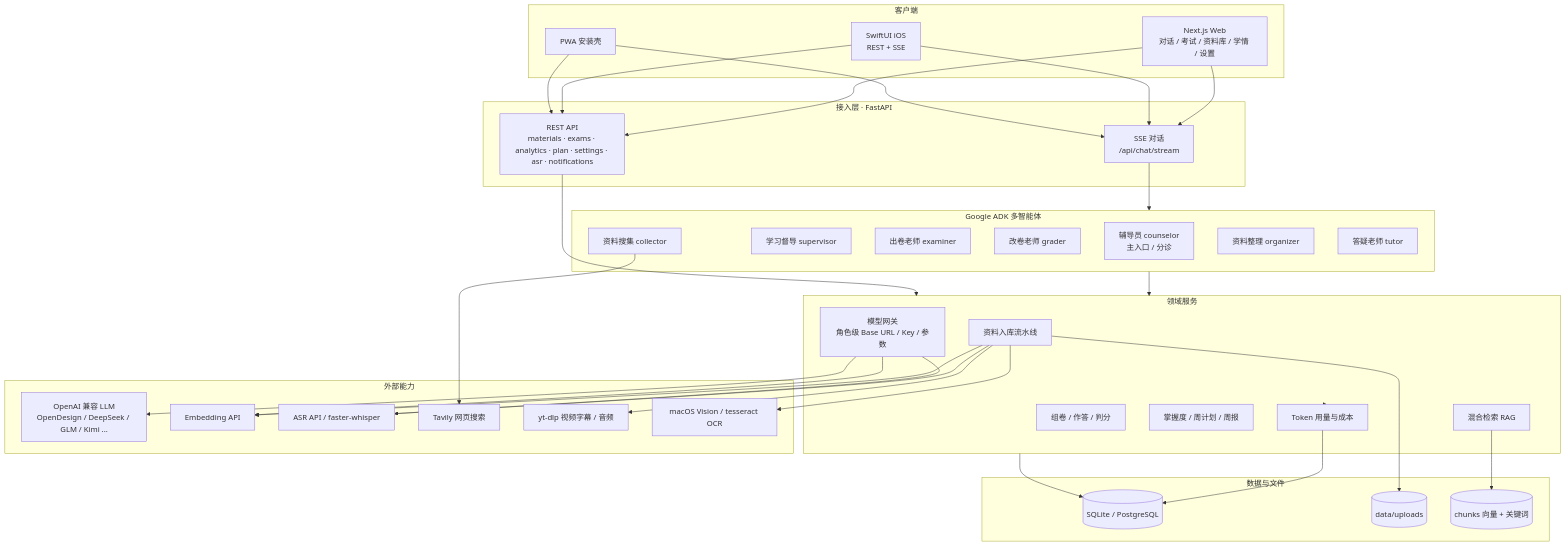
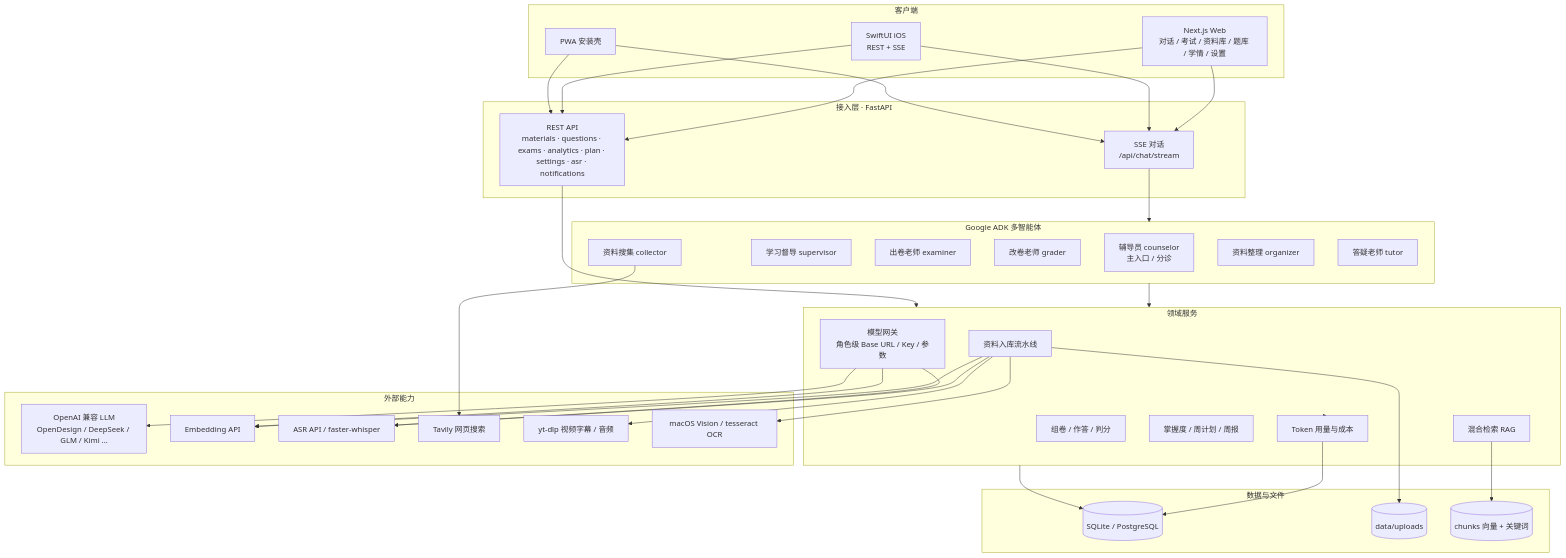
The diagram in docs/diagrams/overview.mmd (yijiejiang/kaogong-school), drawn with Mermaid before and after one commit. The commit also changed 2 other files, not shown here.

Commit message:
总览图补上题库入口

```diff
--- a/docs/diagrams/overview.mmd
+++ b/docs/diagrams/overview.mmd
@@ -1,58 +1,58 @@
 flowchart TB
   subgraph Clients["客户端"]
-    Web["Next.js Web<br/>对话 / 考试 / 资料库 / 学情 / 设置"]
+    Web["Next.js Web<br/>对话 / 考试 / 资料库 / 题库 / 学情 / 设置"]
     IOS["SwiftUI iOS<br/>REST + SSE"]
     PWA["PWA 安装壳"]
   end
 
   subgraph Edge["接入层 · FastAPI"]
     SSE["SSE 对话<br/>/api/chat/stream"]
-    REST["REST API<br/>materials · exams · analytics · plan · settings · asr · notifications"]
+    REST["REST API<br/>materials · questions · exams · analytics · plan · settings · asr · notifications"]
   end
 
   subgraph Agents["Google ADK 多智能体"]
     Counselor["辅导员 counselor<br/>主入口 / 分诊"]
     Supervisor["学习督导 supervisor"]
     Examiner["出卷老师 examiner"]
     Grader["改卷老师 grader"]
     Collector["资料搜集 collector"]
     Organizer["资料整理 organizer"]
     Tutor["答疑老师 tutor"]
   end
 
   subgraph Domain["领域服务"]
     Ingest["资料入库流水线"]
     RAG["混合检索 RAG"]
     Exam["组卷 / 作答 / 判分"]
     Learning["掌握度 / 周计划 / 周报"]
     Usage["Token 用量与成本"]
     ModelGateway["模型网关<br/>角色级 Base URL / Key / 参数"]
   end
 
   subgraph Data["数据与文件"]
     DB[("SQLite / PostgreSQL")]
     Uploads[("data/uploads")]
     Index[("chunks 向量 + 关键词")]
   end
 
   subgraph External["外部能力"]
     LLM["OpenAI 兼容 LLM<br/>OpenDesign / DeepSeek / GLM / Kimi ..."]
     Embed["Embedding API"]
     ASR["ASR API / faster-whisper"]
     Search["Tavily 网页搜索"]
     Media["yt-dlp 视频字幕 / 音频"]
     OCR["macOS Vision / tesseract OCR"]
   end
 
   Web & IOS & PWA --> SSE & REST
   SSE --> Agents
   Agents --> Domain
   REST --> Domain
   Domain --> DB
   Ingest --> Uploads
   RAG --> Index
   Ingest --> OCR & Media & ASR
   Ingest --> Embed
   Collector --> Search
   ModelGateway --> LLM & Embed & ASR
   Domain --> Usage --> DB
```
